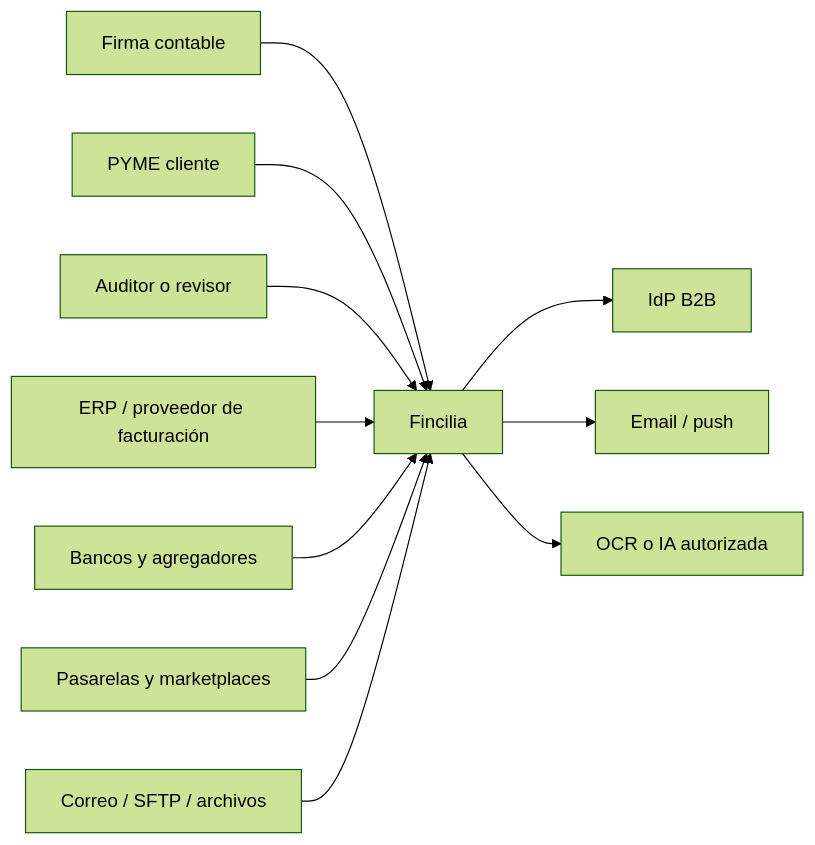
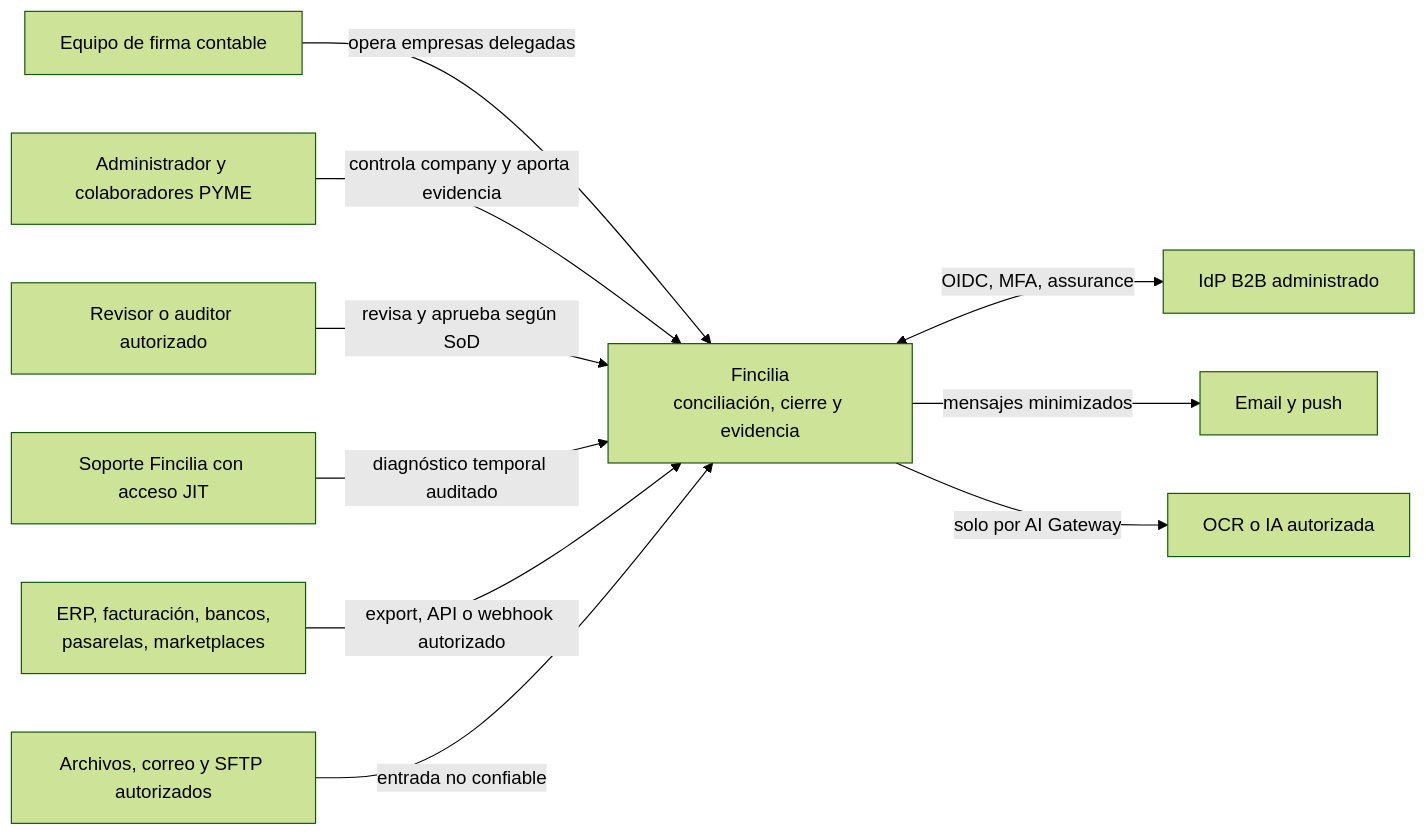
Before and after one commit to Nipko/fincilia-platfrom: the first of 4 diagrams in docs/architecture/C4.md, drawn with Mermaid (forest theme). The commit also changed other lines of this file and 11 other files, not shown here.

Commit message:
docs(architecture): FNC-ARC-001 add executable C4 model

````diff
--- a/docs/architecture/C4.md
+++ b/docs/architecture/C4.md
@@ -13,13 +17,23 @@
-~~~mermaid
+```mermaid
 flowchart LR
-  Firm[Firma contable] --> F[Fincilia]
-  SME[PYME cliente] --> F
-  Auditor[Auditor o revisor] --> F
-  F --> IdP[IdP B2B]
-  ERP[ERP / proveedor de facturación] --> F
-  Bank[Bancos y agregadores] --> F
-  Pay[Pasarelas y marketplaces] --> F
-  Mail[Correo / SFTP / archivos] --> F
-  F --> Notify[Email / push]
-  F --> OCR[OCR o IA autorizada]
-~~~
+  Firm[Equipo de firma contable]
+  SME[Administrador y colaboradores PYME]
+  Reviewer[Revisor o auditor autorizado]
+  Support[Soporte Fincilia con acceso JIT]
+  F[Fincilia<br/>conciliación, cierre y evidencia]
+  IdP[IdP B2B administrado]
+  Sources[ERP, facturación, bancos,<br/>pasarelas, marketplaces]
+  FileChannels[Archivos, correo y SFTP autorizados]
+  Notify[Email y push]
+  AI[OCR o IA autorizada]
+
+  Firm -->|opera empresas delegadas| F
+  SME -->|controla company y aporta evidencia| F
+  Reviewer -->|revisa y aprueba según SoD| F
+  Support -->|diagnóstico temporal auditado| F
+  F <-->|OIDC, MFA, assurance| IdP
+  Sources -->|export, API o webhook autorizado| F
+  FileChannels -->|entrada no confiable| F
+  F -->|mensajes minimizados| Notify
+  F -->|solo por AI Gateway| AI
+```
````
